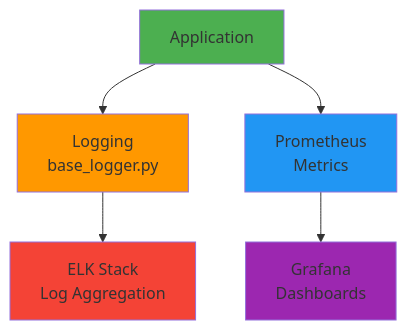
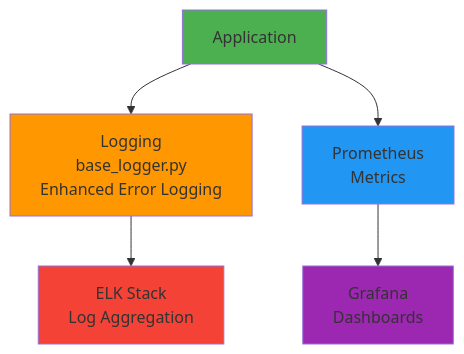
One commit to sweetd0vee/dashboard changed diagram 16 of 16 in docs/ARCHITECTURE.md. Above: the diagram before and after it, drawn with Mermaid. The commit also changed other lines of this file, not shown here.

Commit message:
added architecture

````diff
--- a/docs/ARCHITECTURE.md
+++ b/docs/ARCHITECTURE.md
@@ -726,13 +955,13 @@
 ```mermaid
 graph TB
-    App[Application] --> Logs[Logging<br/>base_logger.py]
+    App[Application] --> Logs[Logging<br/>base_logger.py<br/>Enhanced Error Logging]
     App --> Metrics[Prometheus<br/>Metrics]
     Metrics --> Grafana[Grafana<br/>Dashboards]
     Logs --> ELK[ELK Stack<br/>Log Aggregation]
     
     style App fill:#4caf50
     style Logs fill:#ff9800
     style Metrics fill:#2196f3
     style Grafana fill:#9c27b0
     style ELK fill:#f44336
 ```
````
